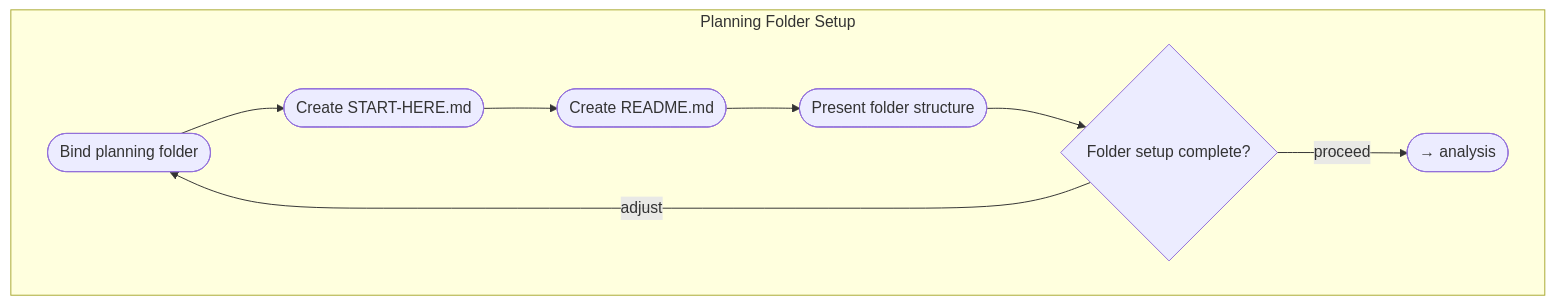
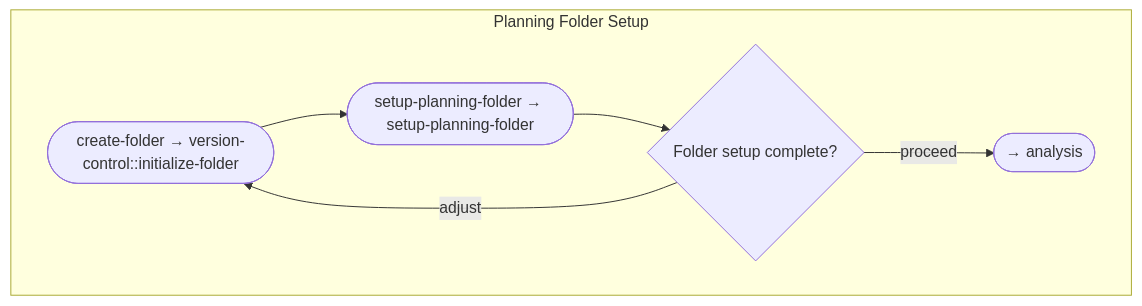
One commit to m2ux/workflow-server changed the third of 8 diagrams in work-packages/README.md. Above: the diagram before and after it, drawn with Mermaid. The commit also changed other lines of this file and 15 other files, not shown here.

````diff
--- a/work-packages/README.md
+++ b/work-packages/README.md
@@ -85,14 +81,12 @@
 ```mermaid
 graph TD
     subgraph folder-setup[Planning Folder Setup]
-        f1([Bind planning folder])
-        f2([Create START-HERE.md])
-        f3([Create README.md])
-        f4([Present folder structure])
+        f1([create-folder → version-control::initialize-folder])
+        f2([setup-planning-folder → setup-planning-folder])
         cp1{Folder setup complete?}
         
-        f1 --> f2 --> f3 --> f4 --> cp1
+        f1 --> f2 --> cp1
         cp1 -->|proceed| Next([→ analysis])
         cp1 -->|adjust| f1
     end
 ```
````
